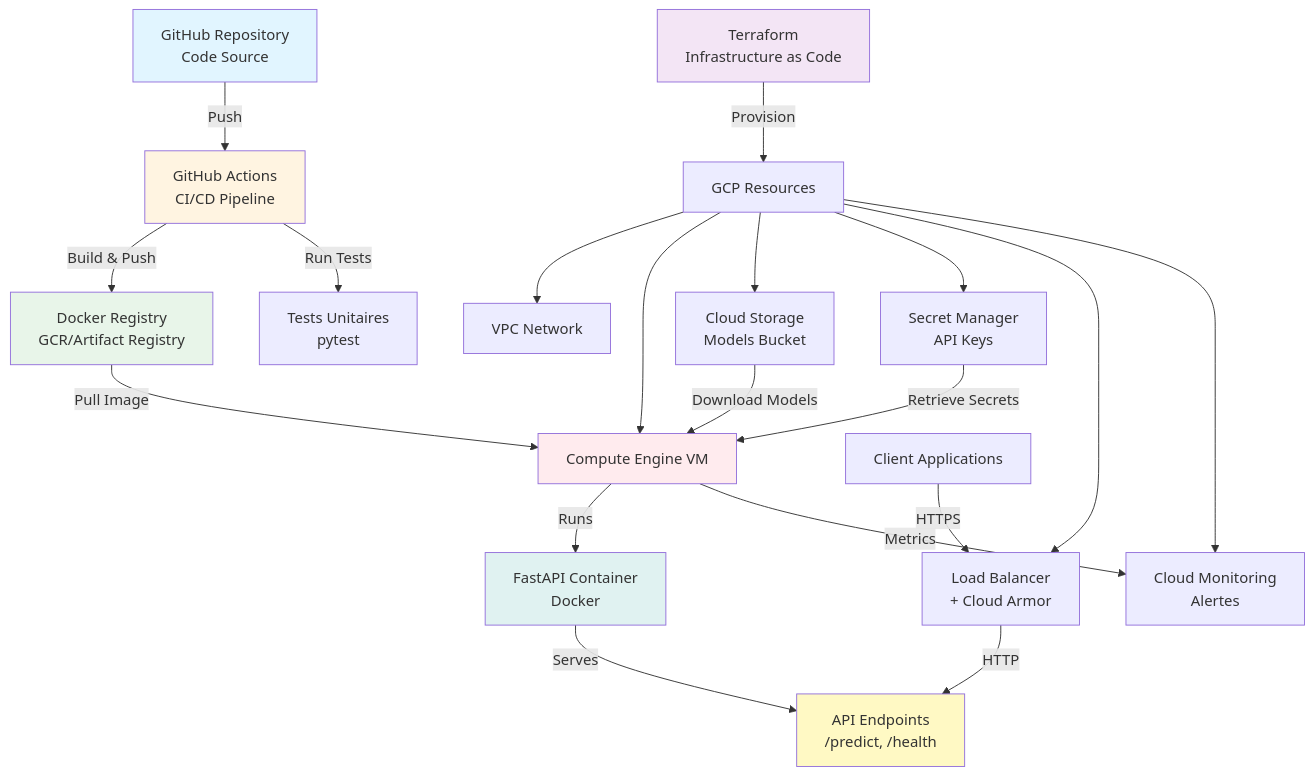
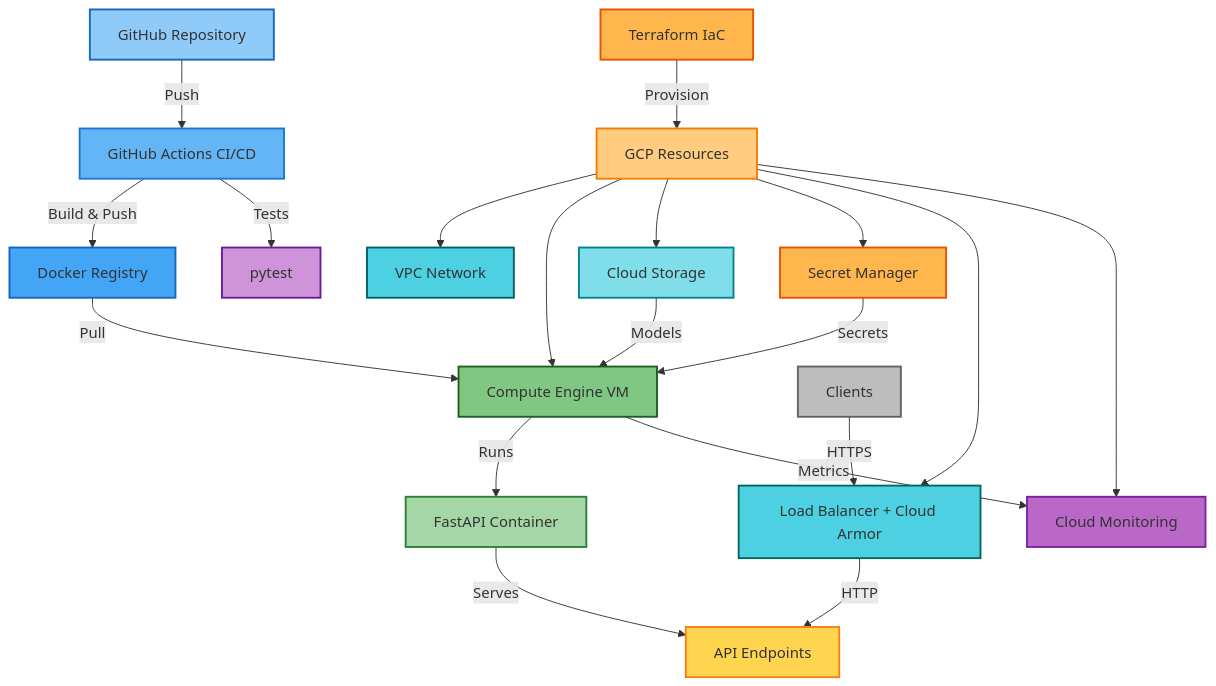
One commit to estephe-arnaud/mlops-core changed the diagram in README.md. Above: the diagram before and after it, drawn with Mermaid. The commit also changed other lines of this file and 28 other files, not shown here.

````diff
--- a/README.md
+++ b/README.md
@@ -34,33 +31,54 @@
 ```mermaid
 graph TB
-    A[GitHub Repository<br/>Code Source] -->|Push| B[GitHub Actions<br/>CI/CD Pipeline]
-    B -->|Build & Push| C[Docker Registry<br/>GCR/Artifact Registry]
-    B -->|Run Tests| D[Tests Unitaires<br/>pytest]
+    A[GitHub Repository] -->|Push| B[GitHub Actions CI/CD]
+    B -->|Build & Push| C[Docker Registry]
+    B -->|Tests| D[pytest]
     
-    E[Terraform<br/>Infrastructure as Code] -->|Provision| F[GCP Resources]
+    E[Terraform IaC] -->|Provision| F[GCP Resources]
     F --> G[VPC Network]
     F --> H[Compute Engine VM]
-    F --> I[Cloud Storage<br/>Models Bucket]
-    F --> J[Secret Manager<br/>API Keys]
-    F --> N[Load Balancer<br/>+ Cloud Armor]
-    F --> O[Cloud Monitoring<br/>Alertes]
+    F --> I[Cloud Storage]
+    F --> J[Secret Manager]
+    F --> N[Load Balancer + Cloud Armor]
+    F --> O[Cloud Monitoring]
     
-    C -->|Pull Image| H
-    I -->|Download Models| H
-    J -->|Retrieve Secrets| H
+    C -->|Pull| H
+    I -->|Models| H
+    J -->|Secrets| H
     
-    H -->|Runs| K[FastAPI Container<br/>Docker]
-    K -->|Serves| L[API Endpoints<br/>/predict, /health]
+    H -->|Runs| K[FastAPI Container]
+    K -->|Serves| L[API Endpoints]
     
-    M[Client Applications] -->|HTTPS| N
+    M[Clients] -->|HTTPS| N
     N -->|HTTP| L
     H -->|Metrics| O
     
-    style A fill:#e1f5ff
-    style B fill:#fff4e1
-    style C fill:#e8f5e9
-    style E fill:#f3e5f5
-    style H fill:#ffebee
-    style K fill:#e0f2f1
-    style L fill:#fff9c4
+    %% Source & CI/CD (Bleu doux)
+    style A fill:#90caf9,stroke:#1565c0,stroke-width:2px
+    style B fill:#64b5f6,stroke:#1976d2,stroke-width:2px
+    style C fill:#42a5f5,stroke:#1565c0,stroke-width:2px
+    
+    %% Tests & Monitoring (Violet doux)
+    style D fill:#ce93d8,stroke:#6a1b9a,stroke-width:2px
+    style O fill:#ba68c8,stroke:#7b1fa2,stroke-width:2px
+    
+    %% Infrastructure IaC (Orange doux)
+    style E fill:#ffb74d,stroke:#e65100,stroke-width:2px
+    style F fill:#ffcc80,stroke:#f57c00,stroke-width:2px
+    style J fill:#ffb74d,stroke:#e65100,stroke-width:2px
+    
+    %% GCP Network & Storage (Cyan doux)
+    style G fill:#4dd0e1,stroke:#006064,stroke-width:2px
+    style I fill:#80deea,stroke:#00838f,stroke-width:2px
+    style N fill:#4dd0e1,stroke:#00695c,stroke-width:2px
+    
+    %% Compute & Runtime (Vert doux)
+    style H fill:#81c784,stroke:#1b5e20,stroke-width:2px
+    style K fill:#a5d6a7,stroke:#2e7d32,stroke-width:2px
+    
+    %% API & Endpoints (Jaune doux)
+    style L fill:#ffd54f,stroke:#f57f17,stroke-width:2px
+    
+    %% Clients (Gris moyen)
+    style M fill:#bdbdbd,stroke:#616161,stroke-width:2px
 ```
````
